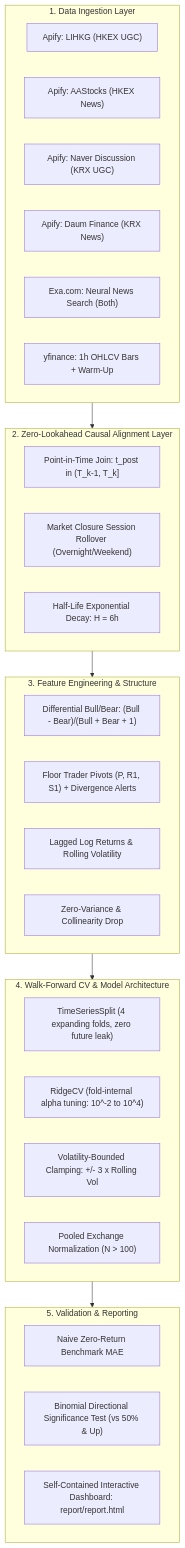
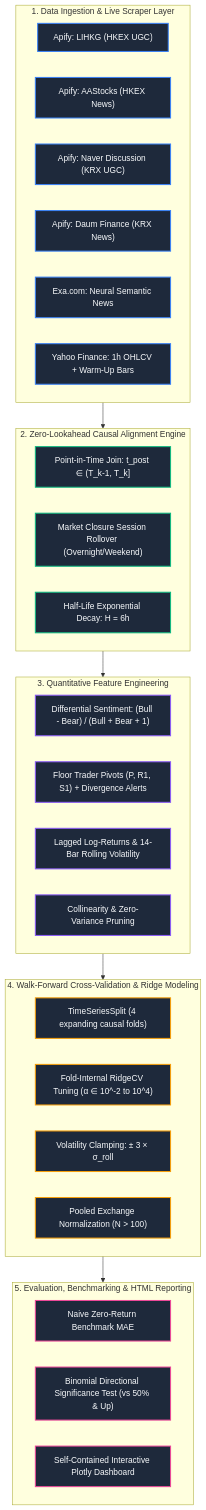
The diagram in README.md (Nimonium/hengseng-sentiment-price-agent), drawn with Mermaid before and after one commit. The commit also changed other lines of this file, not shown here.

Commit message:
docs: modernize and elevate README with badges, architecture, and empirical tables

````diff
--- a/README.md
+++ b/README.md
@@ -52,39 +61,45 @@
 ```mermaid
 flowchart TD
-    subgraph INGEST["1. Data Ingestion Layer"]
-        A1["Apify: LIHKG (HKEX UGC)"]
-        A2["Apify: AAStocks (HKEX News)"]
-        A3["Apify: Naver Discussion (KRX UGC)"]
-        A4["Apify: Daum Finance (KRX News)"]
-        E1["Exa.com: Neural News Search (Both)"]
-        P1["yfinance: 1h OHLCV Bars + Warm-Up"]
+    classDef ingest fill:#1e293b,stroke:#3b82f6,stroke-width:2px,color:#f8fafc;
+    classDef align fill:#1e293b,stroke:#10b981,stroke-width:2px,color:#f8fafc;
+    classDef feat fill:#1e293b,stroke:#8b5cf6,stroke-width:2px,color:#f8fafc;
+    classDef model fill:#1e293b,stroke:#f59e0b,stroke-width:2px,color:#f8fafc;
+    classDef report fill:#1e293b,stroke:#ec4899,stroke-width:2px,color:#f8fafc;
+
+    subgraph INGEST["1. Data Ingestion & Live Scraper Layer"]
+        A1["Apify: LIHKG (HKEX UGC)"]:::ingest
+        A2["Apify: AAStocks (HKEX News)"]:::ingest
+        A3["Apify: Naver Discussion (KRX UGC)"]:::ingest
+        A4["Apify: Daum Finance (KRX News)"]:::ingest
+        E1["Exa.com: Neural Semantic News"]:::ingest
+        P1["Yahoo Finance: 1h OHLCV + Warm-Up Bars"]:::ingest
     end
 
-    subgraph ALIGN["2. Zero-Lookahead Causal Alignment Layer"]
-        B1["Point-in-Time Join: t_post in (T_k-1, T_k]"]
-        B2["Market Closure Session Rollover (Overnight/Weekend)"]
-        B3["Half-Life Exponential Decay: H = 6h"]
+    subgraph ALIGN["2. Zero-Lookahead Causal Alignment Engine"]
+        B1["Point-in-Time Join: t_post ∈ (T_k-1, T_k]"]:::align
+        B2["Market Closure Session Rollover (Overnight/Weekend)"]:::align
+        B3["Half-Life Exponential Decay: H = 6h"]:::align
     end
 
-    subgraph FEAT["3. Feature Engineering & Structure"]
-        C1["Differential Bull/Bear: (Bull - Bear)/(Bull + Bear + 1)"]
-        C2["Floor Trader Pivots (P, R1, S1) + Divergence Alerts"]
-        C3["Lagged Log Returns & Rolling Volatility"]
-        C4["Zero-Variance & Collinearity Drop"]
+    subgraph FEAT["3. Quantitative Feature Engineering"]
+        C1["Differential Sentiment: (Bull - Bear) / (Bull + Bear + 1)"]:::feat
+        C2["Floor Trader Pivots (P, R1, S1) + Divergence Alerts"]:::feat
+        C3["Lagged Log-Returns & 14-Bar Rolling Volatility"]:::feat
+        C4["Collinearity & Zero-Variance Pruning"]:::feat
     end
 
-    subgraph MODEL["4. Walk-Forward CV & Model Architecture"]
-        D1["TimeSeriesSplit (4 expanding folds, zero future leak)"]
-        D2["RidgeCV (fold-internal alpha tuning: 10^-2 to 10^4)"]
-        D3["Volatility-Bounded Clamping: +/- 3 x Rolling Vol"]
-        D4["Pooled Exchange Normalization (N > 100)"]
+    subgraph MODEL["4. Walk-Forward Cross-Validation & Ridge Modeling"]
+        D1["TimeSeriesSplit (4 expanding causal folds)"]:::model
+        D2["Fold-Internal RidgeCV Tuning (α ∈ 10^-2 to 10^4)"]:::model
+        D3["Volatility Clamping: ± 3 × σ_roll"]:::model
+        D4["Pooled Exchange Normalization (N > 100)"]:::model
     end
 
-    subgraph EVAL["5. Validation & Reporting"]
-        R1["Naive Zero-Return Benchmark MAE"]
-        R2["Binomial Directional Significance Test (vs 50% & Up)"]
-        R3["Self-Contained Interactive Dashboard: report/report.html"]
+    subgraph EVAL["5. Evaluation, Benchmarking & HTML Reporting"]
+        R1["Naive Zero-Return Benchmark MAE"]:::report
+        R2["Binomial Directional Significance Test (vs 50% & Up)"]:::report
+        R3["Self-Contained Interactive Plotly Dashboard"]:::report
     end
 
     INGEST --> ALIGN --> FEAT --> MODEL --> EVAL
 ```
````
